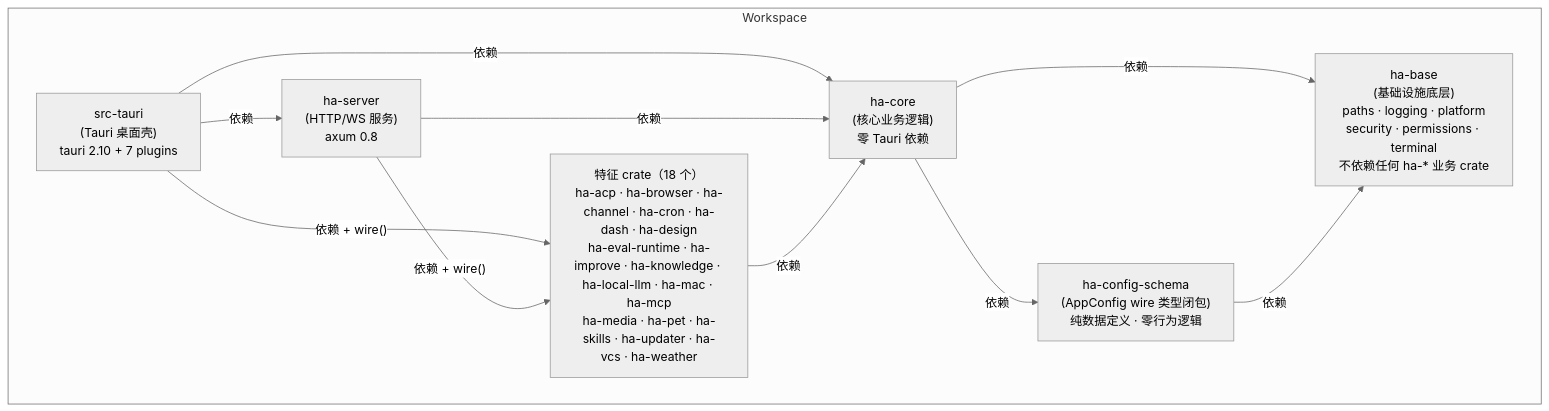
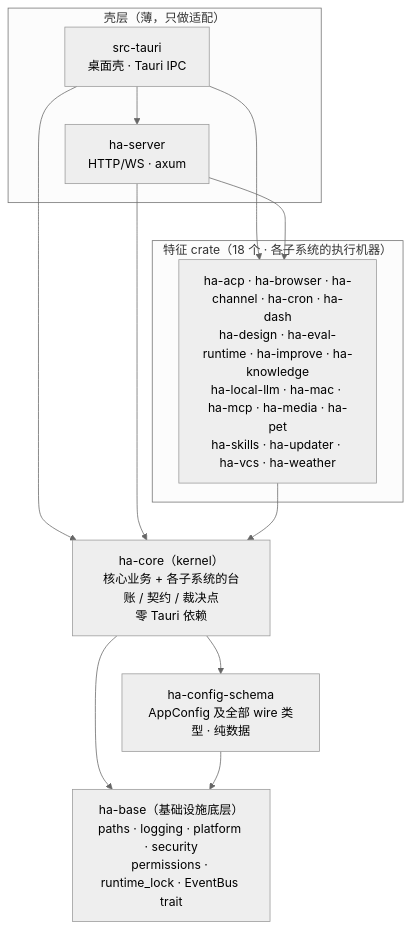
The first of 6 diagrams in docs/architecture/backend-separation.md (shiwenwen/hope-agent), drawn with Mermaid (neutral theme) before and after one commit. The commit also changed other lines of this file and 2 other files, not shown here.

````diff
--- a/docs/architecture/backend-separation.md
+++ b/docs/architecture/backend-separation.md
@@ -15,22 +23,23 @@
 ```mermaid
 graph TD
-    subgraph Workspace
-        HA_TAURI["src-tauri<br/>(Tauri 桌面壳)<br/>tauri 2.10 + 7 plugins"]
-        HA_SERVER["ha-server<br/>(HTTP/WS 服务)<br/>axum 0.8"]
-        HA_FEAT["特征 crate（18 个）<br/>ha-acp · ha-browser · ha-channel · ha-cron · ha-dash · ha-design<br/>ha-eval-runtime · ha-improve · ha-knowledge · ha-local-llm · ha-mac · ha-mcp<br/>ha-media · ha-pet · ha-skills · ha-updater · ha-vcs · ha-weather"]
-        HA_CORE["ha-core<br/>(核心业务逻辑)<br/>零 Tauri 依赖"]
-        HA_SCHEMA["ha-config-schema<br/>(AppConfig wire 类型闭包)<br/>纯数据定义 · 零行为逻辑"]
-        HA_BASE["ha-base<br/>(基础设施底层)<br/>paths · logging · platform<br/>security · permissions · terminal<br/>不依赖任何 ha-* 业务 crate"]
+    subgraph shells["壳层（薄，只做适配）"]
+        TAURI["src-tauri<br/>桌面壳 · Tauri IPC"]
+        SERVER["ha-server<br/>HTTP/WS · axum"]
     end
+    subgraph features["特征 crate（18 个 · 各子系统的执行机器）"]
+        FEAT["ha-acp · ha-browser · ha-channel · ha-cron · ha-dash<br/>ha-design · ha-eval-runtime · ha-improve · ha-knowledge<br/>ha-local-llm · ha-mac · ha-mcp · ha-media · ha-pet<br/>ha-skills · ha-updater · ha-vcs · ha-weather"]
+    end
+    KERNEL["ha-core（kernel）<br/>核心业务 + 各子系统的台账 / 契约 / 裁决点<br/>零 Tauri 依赖"]
+    SCHEMA["ha-config-schema<br/>AppConfig 及全部 wire 类型 · 纯数据"]
+    BASE["ha-base（基础设施底层）<br/>paths · logging · platform · security<br/>permissions · runtime_lock · EventBus trait"]
 
-    HA_TAURI -->|"依赖"| HA_SERVER
-    HA_TAURI -->|"依赖 + wire()"| HA_FEAT
-    HA_TAURI -->|"依赖"| HA_CORE
-    HA_SERVER -->|"依赖 + wire()"| HA_FEAT
-    HA_SERVER -->|"依赖"| HA_CORE
-    HA_FEAT -->|"依赖"| HA_CORE
-    HA_CORE -->|"依赖"| HA_SCHEMA
-    HA_CORE -->|"依赖"| HA_BASE
-    HA_SCHEMA -->|"依赖"| HA_BASE
-
+    TAURI --> SERVER
+    TAURI --> FEAT
+    TAURI --> KERNEL
+    SERVER --> FEAT
+    SERVER --> KERNEL
+    FEAT --> KERNEL
+    KERNEL --> SCHEMA
+    KERNEL --> BASE
+    SCHEMA --> BASE
 ```
````
